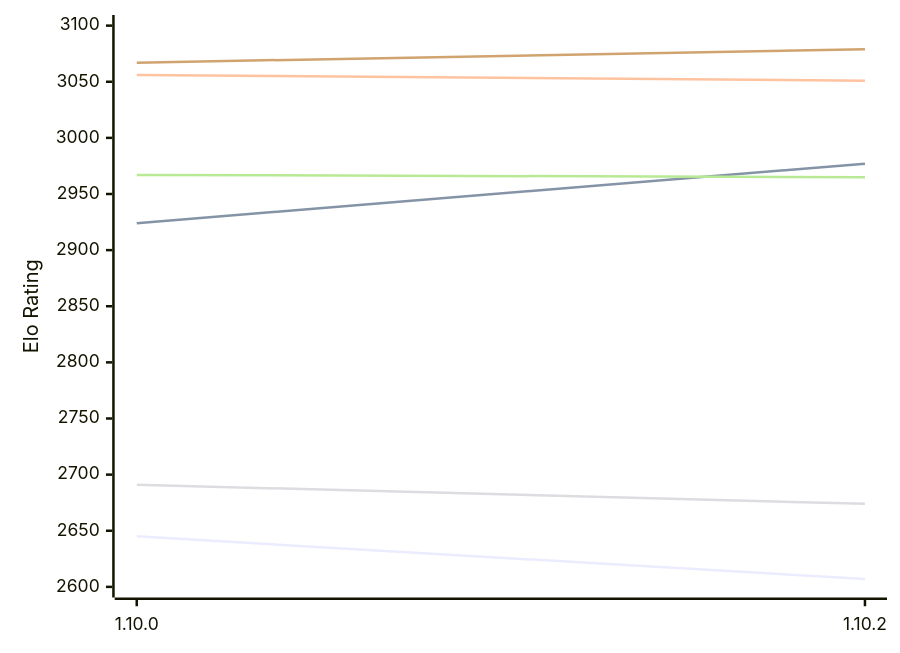
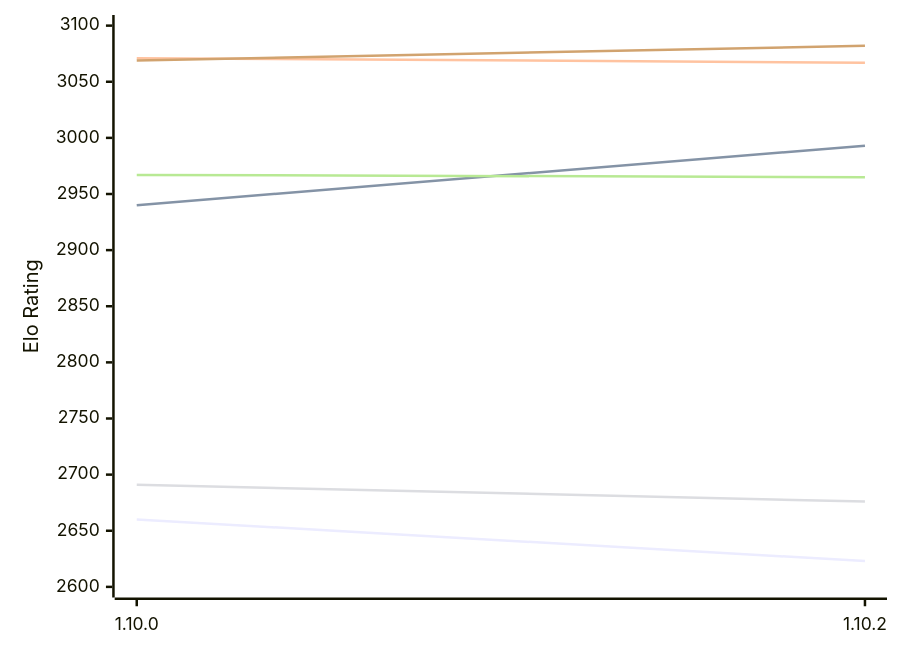
Before and after one commit to computer-chess-index/cci: the first of 2 diagrams in engines/Basilisk.md, drawn with Mermaid. The commit also changed other lines of this file, not shown here.

Commit message:
Update CCI Ratings (ELO VLTC) - 2026-11-11

````diff
--- a/engines/Basilisk.md
+++ b/engines/Basilisk.md
@@ -61,12 +61,12 @@
 ```mermaid
 %%{init: {"theme":"base","themeVariables":{"seriesColors:['#a3a3a3','#222221','#faa371']}}}%%
 xychart-beta
   x-axis ["1.10.0", "1.10.2"]
   y-axis "Elo Rating" 2600 --> 3100
-  line "E1: STC (8.0+0.08s)" [2645, 2607]
-  line "E1: LTC (60.0+0.60s)" [2924, 2977]
-  line "E1: VLTC (2m24s+1.12s)" [3056, 3051]
-  line "P1: STC (8.0+0.08s)" [2691, 2674]
+  line "E1: STC (8.0+0.08s)" [2660, 2623]
+  line "E1: LTC (60.0+0.60s)" [2940, 2993]
+  line "E1: VLTC (2m24s+1.12s)" [3071, 3067]
+  line "P1: STC (8.0+0.08s)" [2691, 2676]
   line "P1: LTC (60.0+0.60s)" [2967, 2965]
-  line "P1: VLTC (2m24s+1.12s)" [3067, 3079]
+  line "P1: VLTC (2m24s+1.12s)" [3069, 3082]
 ```
````
